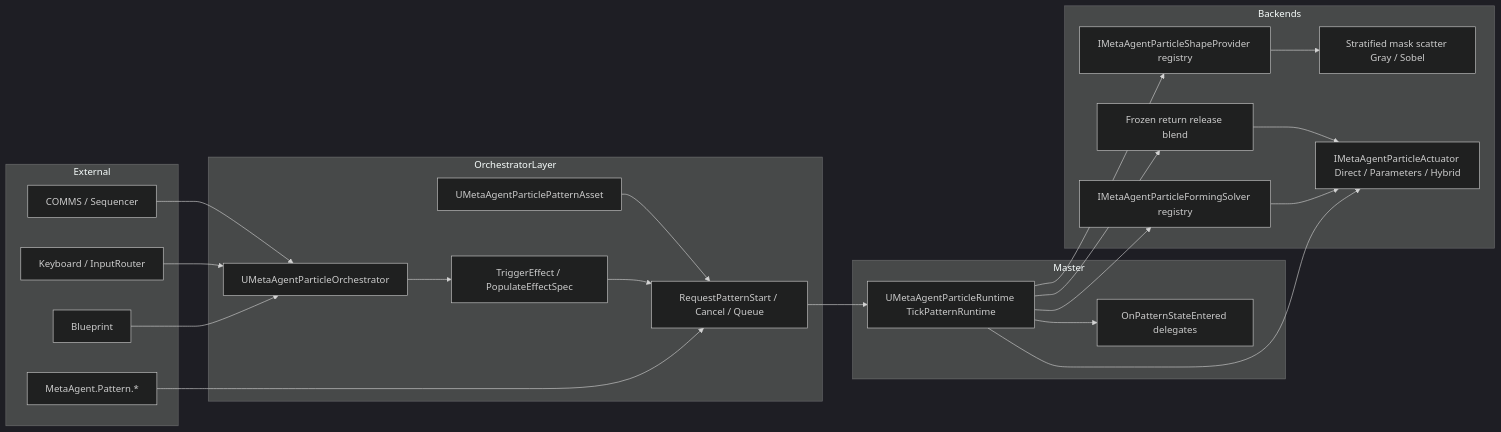
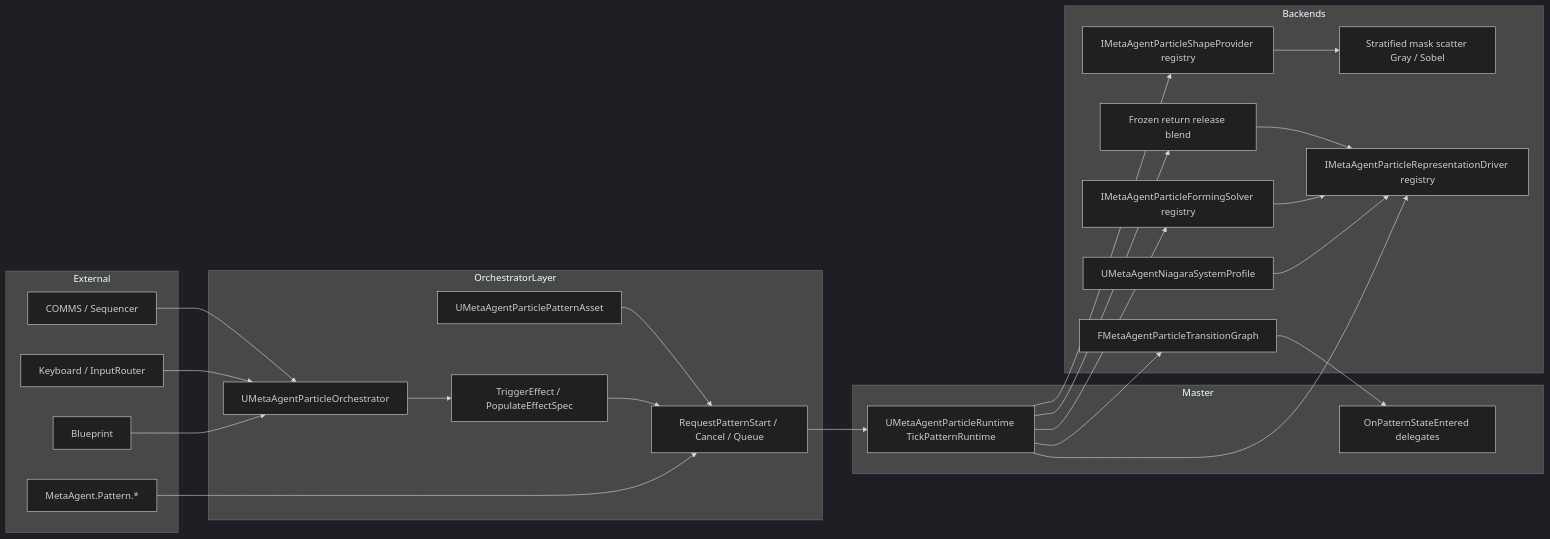
One commit to vecnode/metaagent-ue5-plugin changed diagram 14 of 14 in README.md. Above: the diagram before and after it, drawn with Mermaid (dark theme). The commit also changed other lines of this file and 20 other files, not shown here.

````diff
--- a/README.md
+++ b/README.md
@@ -941,46 +964,50 @@
 ```mermaid
 flowchart LR
     subgraph External
         BP[Blueprint]
         Keys[Keyboard / InputRouter]
         COMMS[COMMS / Sequencer]
         Console[MetaAgent.Pattern.*]
     end
 
     subgraph OrchestratorLayer
         ORCH[UMetaAgentParticleOrchestrator]
         FX[TriggerEffect / PopulateEffectSpec]
         CMD[RequestPatternStart / Cancel / Queue]
         Asset[UMetaAgentParticlePatternAsset]
     end
 
     subgraph Master
         FSM[UMetaAgentParticleRuntime TickPatternRuntime]
         Events[OnPatternStateEntered delegates]
     end
 
     subgraph Backends
         Shapes[IMetaAgentParticleShapeProvider registry]
         Scatter[Stratified mask scatter Gray / Sobel]
         Forming[IMetaAgentParticleFormingSolver registry]
-        Act[IMetaAgentParticleActuator Direct / Parameters / Hybrid]
+        Graph[FMetaAgentParticleTransitionGraph]
+        Drivers[IMetaAgentParticleRepresentationDriver registry]
+        Profile[UMetaAgentNiagaraSystemProfile]
         Traj[Frozen return release blend]
     end
 
     BP --> ORCH
     Keys --> ORCH
     COMMS --> ORCH
     Console --> CMD
     ORCH --> FX
     FX --> CMD
     Asset --> CMD
     CMD --> FSM
-    FSM --> Events
+    FSM --> Graph
+    Graph --> Events
     FSM --> Shapes
     Shapes --> Scatter
     FSM --> Forming
-    FSM --> Act
-    Forming --> Act
+    FSM --> Drivers
+    Profile --> Drivers
+    Forming --> Drivers
     FSM --> Traj
-    Traj --> Act
+    Traj --> Drivers
 ```
````
